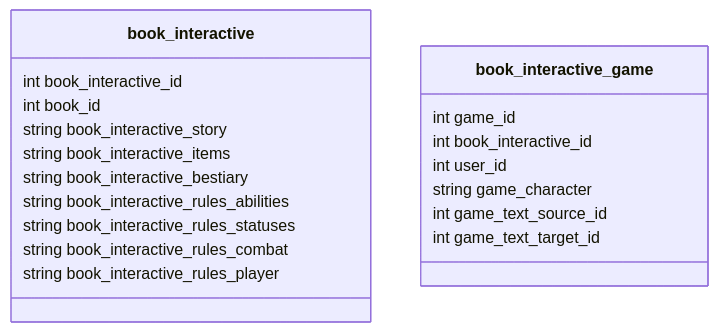
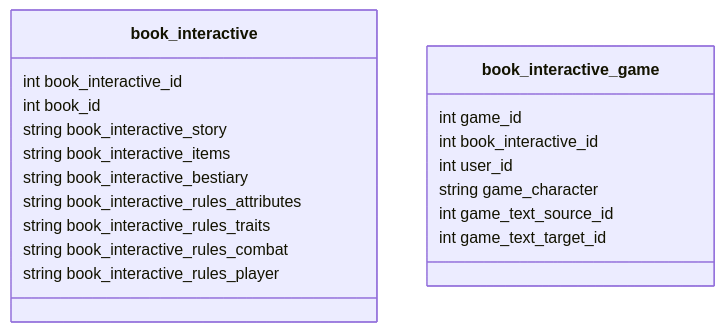
Before and after one commit to velkuns/game-text-engine: the diagram in README.md, drawn with Mermaid. The commit also changed other lines of this file and 119 other files, not shown here.

````diff
--- a/README.md
+++ b/README.md
@@ -524,27 +524,27 @@
 ```mermaid
 ---
 Tables diagram: nodes (v1)
 ---
 classDiagram
     
     class book_interactive {
         int book_interactive_id
         int book_id
         string book_interactive_story
         string book_interactive_items
         string book_interactive_bestiary
-        string book_interactive_rules_abilities
-        string book_interactive_rules_statuses
+        string book_interactive_rules_attributes
+        string book_interactive_rules_traits
         string book_interactive_rules_combat
         string book_interactive_rules_player
     }
     
     class book_interactive_game {
         int game_id
         int book_interactive_id
         int user_id
         string game_character
         int game_text_source_id
         int game_text_target_id
     }
 ```
````
